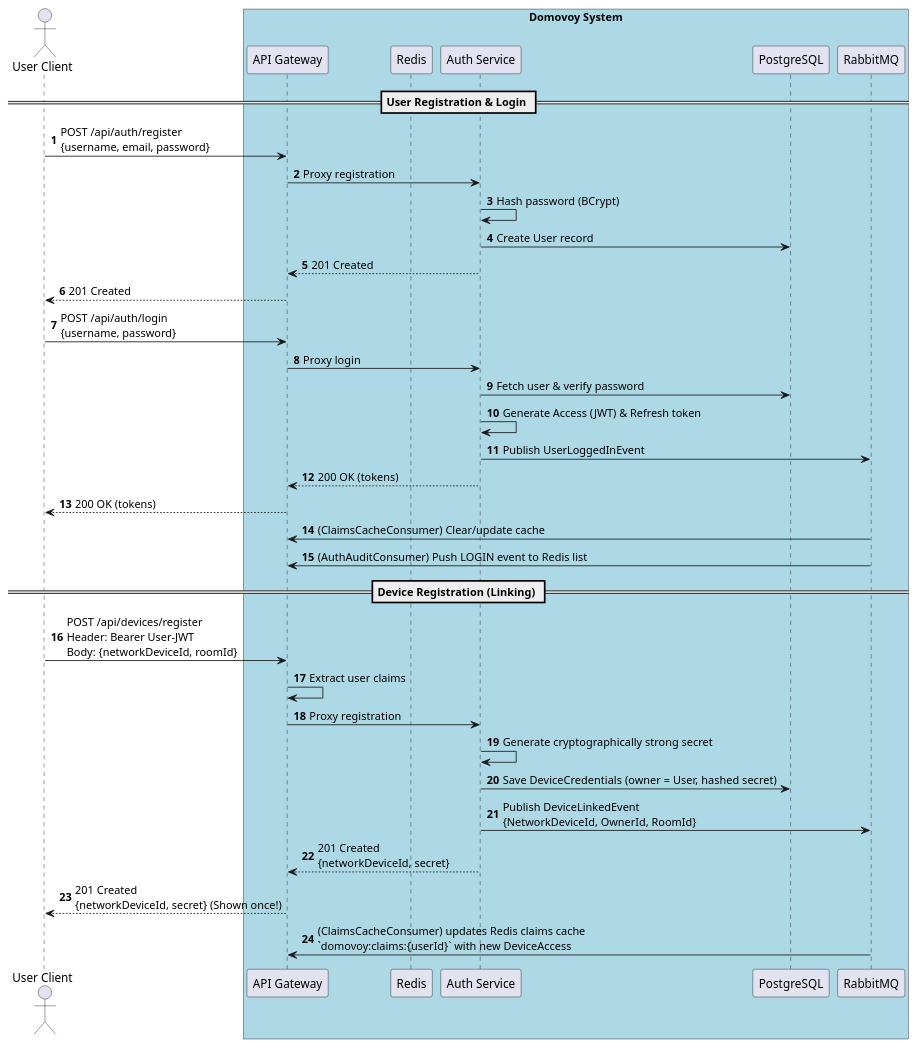
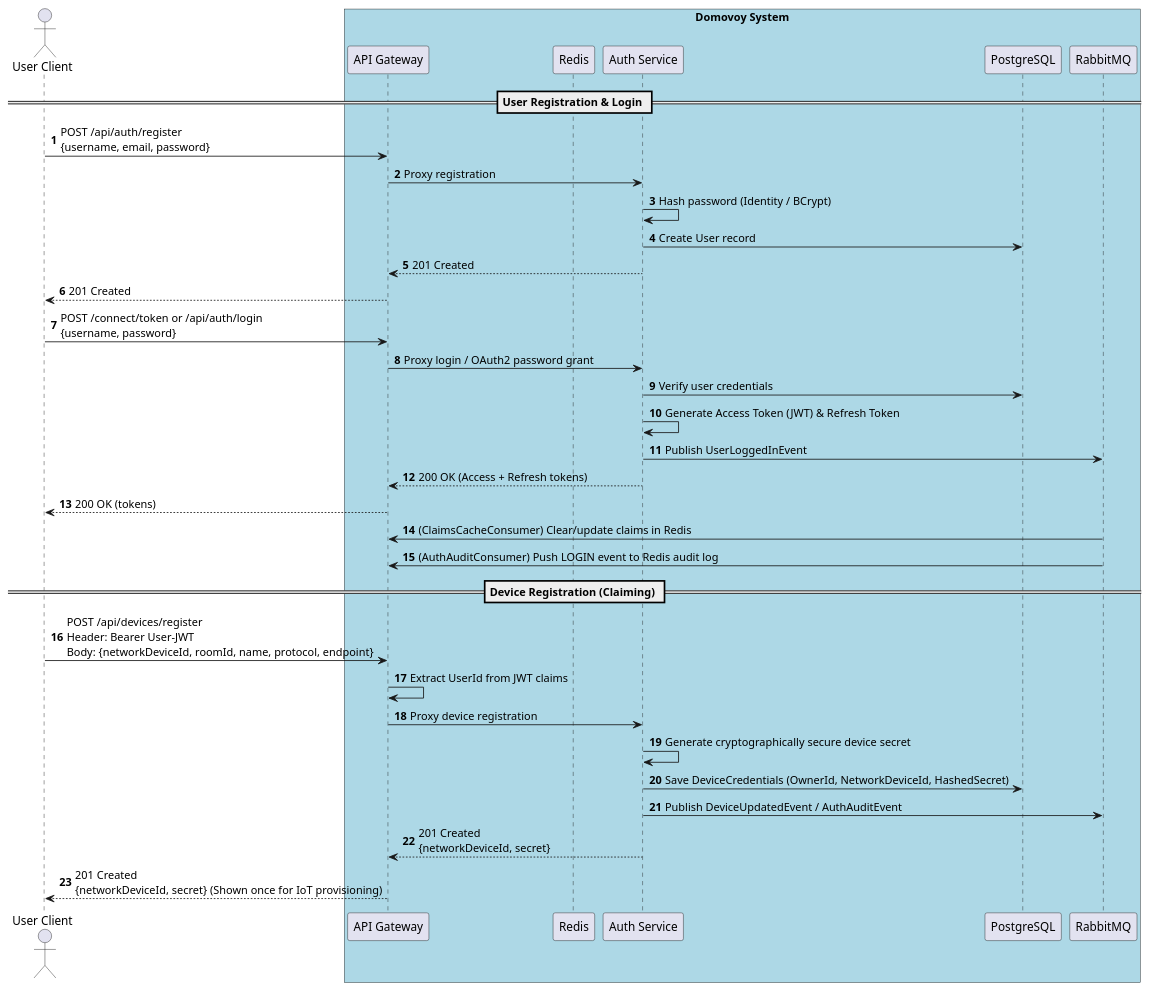
The third of 3 diagrams in docs/domovoy_architecture.puml (dshadchnev/domovoy), drawn with PlantUML before and after one commit. The commit also changed other lines of this file and 2 other files, not shown here.

Commit message:
Update docs: align architecture PUML, ERD and domain sensor specs with current codebase

```diff
--- a/docs/domovoy_architecture.puml
+++ b/docs/domovoy_architecture.puml
@@ -105,42 +134,41 @@
 @startuml Domovoy_User_Device_Registration_Flow
 autonumber
 actor "User Client" as client
 box "Domovoy System" #LightBlue
     participant "API Gateway" as gateway
     participant "Redis" as redis
     participant "Auth Service" as auth
     participant "PostgreSQL" as db
     participant "RabbitMQ" as rabbitmq
 end box
 
 == User Registration & Login ==
 client -> gateway: POST /api/auth/register\n{username, email, password}
 gateway -> auth: Proxy registration
-auth -> auth: Hash password (BCrypt)
+auth -> auth: Hash password (Identity / BCrypt)
 auth -> db: Create User record
 auth --> gateway: 201 Created
 gateway --> client: 201 Created
 
-client -> gateway: POST /api/auth/login\n{username, password}
-gateway -> auth: Proxy login
-auth -> db: Fetch user & verify password
-auth -> auth: Generate Access (JWT) & Refresh token
+client -> gateway: POST /connect/token or /api/auth/login\n{username, password}
+gateway -> auth: Proxy login / OAuth2 password grant
+auth -> db: Verify user credentials
+auth -> auth: Generate Access Token (JWT) & Refresh Token
 auth -> rabbitmq: Publish UserLoggedInEvent
-auth --> gateway: 200 OK (tokens)
+auth --> gateway: 200 OK (Access + Refresh tokens)
 gateway --> client: 200 OK (tokens)
 
-rabbitmq -> gateway: (ClaimsCacheConsumer) Clear/update cache
-rabbitmq -> gateway: (AuthAuditConsumer) Push LOGIN event to Redis list
+rabbitmq -> gateway: (ClaimsCacheConsumer) Clear/update claims in Redis
+rabbitmq -> gateway: (AuthAuditConsumer) Push LOGIN event to Redis audit log
 
-== Device Registration (Linking) ==
-client -> gateway: POST /api/devices/register\nHeader: Bearer User-JWT\nBody: {networkDeviceId, roomId}
-gateway -> gateway: Extract user claims
-gateway -> auth: Proxy registration
-auth -> auth: Generate cryptographically strong secret
-auth -> db: Save DeviceCredentials (owner = User, hashed secret)
-auth -> rabbitmq: Publish DeviceLinkedEvent\n{NetworkDeviceId, OwnerId, RoomId}
+== Device Registration (Claiming) ==
+client -> gateway: POST /api/devices/register\nHeader: Bearer User-JWT\nBody: {networkDeviceId, roomId, name, protocol, endpoint}
+gateway -> gateway: Extract UserId from JWT claims
+gateway -> auth: Proxy device registration
+auth -> auth: Generate cryptographically secure device secret
+auth -> db: Save DeviceCredentials (OwnerId, NetworkDeviceId, HashedSecret)
+auth -> rabbitmq: Publish DeviceUpdatedEvent / AuthAuditEvent
 auth --> gateway: 201 Created\n{networkDeviceId, secret}
-gateway --> client: 201 Created\n{networkDeviceId, secret} (Shown once!)
+gateway --> client: 201 Created\n{networkDeviceId, secret} (Shown once for IoT provisioning)
 
-rabbitmq -> gateway: (ClaimsCacheConsumer) updates Redis claims cache\n`domovoy:claims:{userId}` with new DeviceAccess
 @enduml
```
